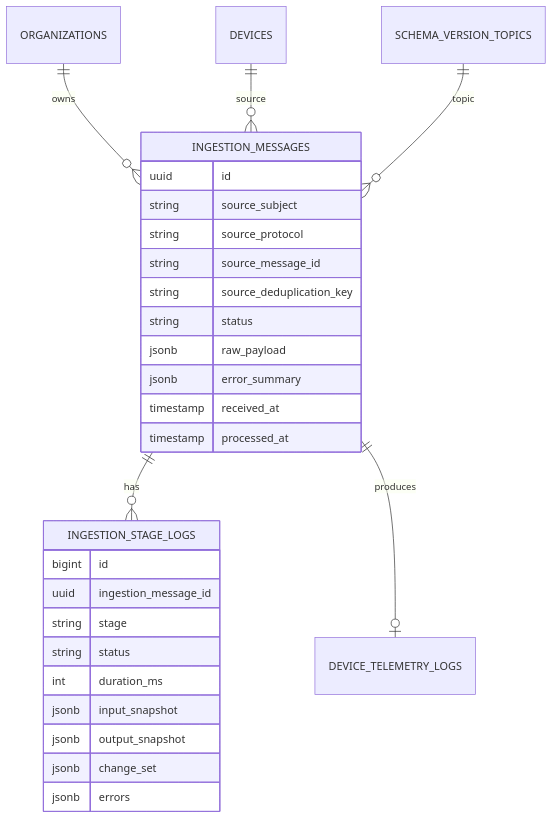
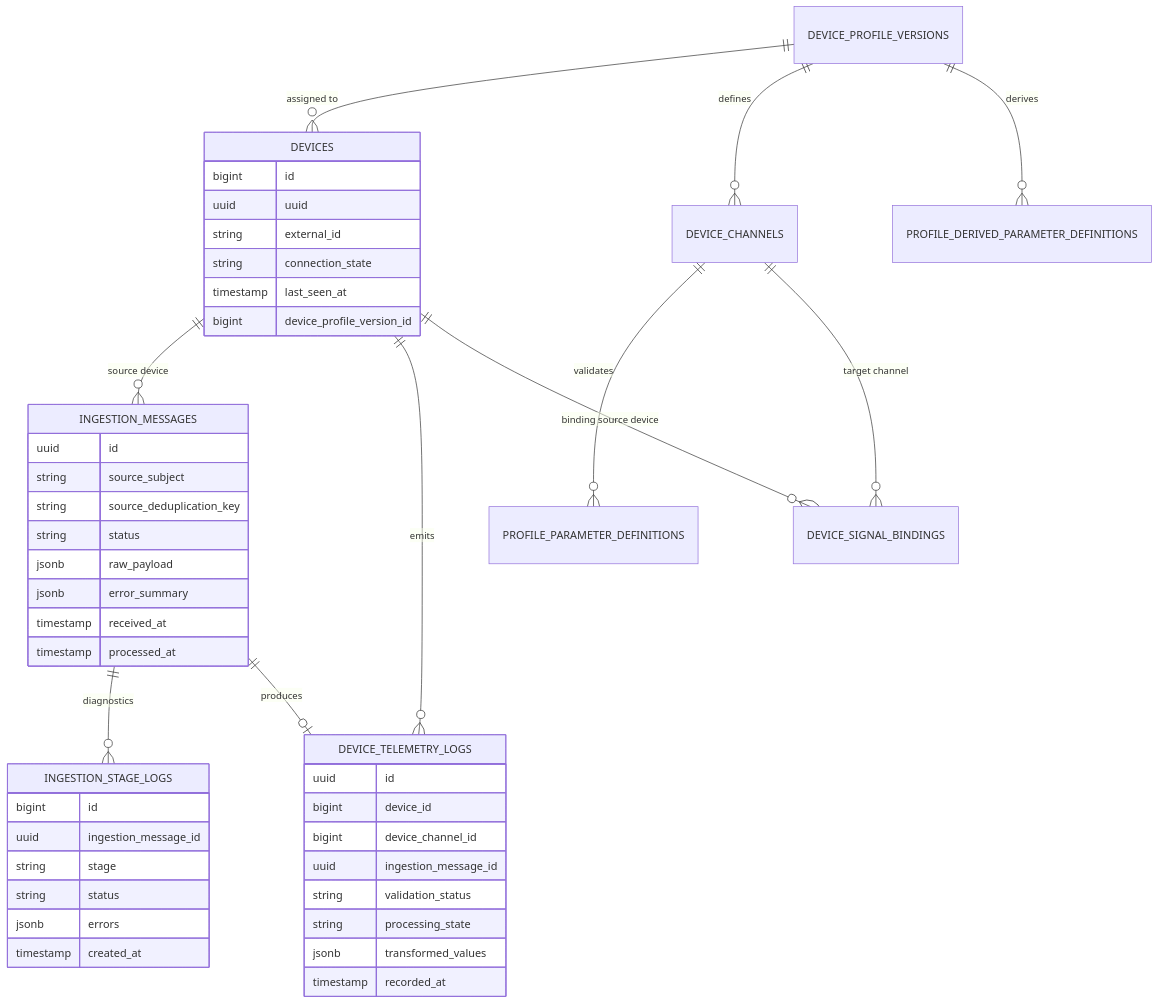
One commit to Althinect/iot-portal changed the fourth of 6 diagrams in docs/data-ingestion/02-architecture.md. Above: the diagram before and after it, drawn with Mermaid. The commit also changed other lines of this file and 23 other files, not shown here.

````diff
--- a/docs/data-ingestion/02-architecture.md
+++ b/docs/data-ingestion/02-architecture.md
@@ -193,33 +142,53 @@
 ```mermaid
 erDiagram
-    INGESTION_MESSAGES ||--o{ INGESTION_STAGE_LOGS : has
-    INGESTION_MESSAGES ||--o| DEVICE_TELEMETRY_LOGS : produces
-    ORGANIZATIONS ||--o{ INGESTION_MESSAGES : owns
-    DEVICES ||--o{ INGESTION_MESSAGES : source
-    SCHEMA_VERSION_TOPICS ||--o{ INGESTION_MESSAGES : topic
+    DEVICES ||--o{ INGESTION_MESSAGES : "source device"
+    DEVICES ||--o{ DEVICE_TELEMETRY_LOGS : "emits"
+    DEVICE_PROFILE_VERSIONS ||--o{ DEVICES : "assigned to"
+    DEVICE_PROFILE_VERSIONS ||--o{ DEVICE_CHANNELS : "defines"
+    DEVICE_PROFILE_VERSIONS ||--o{ PROFILE_DERIVED_PARAMETER_DEFINITIONS : "derives"
+    DEVICE_CHANNELS ||--o{ PROFILE_PARAMETER_DEFINITIONS : "validates"
+    DEVICE_CHANNELS ||--o{ DEVICE_SIGNAL_BINDINGS : "target channel"
+    DEVICES ||--o{ DEVICE_SIGNAL_BINDINGS : "binding source device"
+    INGESTION_MESSAGES ||--o{ INGESTION_STAGE_LOGS : "diagnostics"
+    INGESTION_MESSAGES ||--o| DEVICE_TELEMETRY_LOGS : "produces"
+
+    DEVICES {
+        bigint id
+        uuid uuid
+        string external_id
+        string connection_state
+        timestamp last_seen_at
+        bigint device_profile_version_id
+    }
 
     INGESTION_MESSAGES {
-      uuid id
-      string source_subject
-      string source_protocol
-      string source_message_id
-      string source_deduplication_key
-      string status
-      jsonb raw_payload
-      jsonb error_summary
-      timestamp received_at
-      timestamp processed_at
+        uuid id
+        string source_subject
+        string source_deduplication_key
+        string status
+        jsonb raw_payload
+        jsonb error_summary
+        timestamp received_at
+        timestamp processed_at
+    }
+
+    DEVICE_TELEMETRY_LOGS {
+        uuid id
+        bigint device_id
+        bigint device_channel_id
+        uuid ingestion_message_id
+        string validation_status
+        string processing_state
+        jsonb transformed_values
+        timestamp recorded_at
     }
 
     INGESTION_STAGE_LOGS {
-      bigint id
-      uuid ingestion_message_id
-      string stage
-      string status
-      int duration_ms
-      jsonb input_snapshot
-      jsonb output_snapshot
-      jsonb change_set
-      jsonb errors
+        bigint id
+        uuid ingestion_message_id
+        string stage
+        string status
+        jsonb errors
+        timestamp created_at
     }
 ```
````
